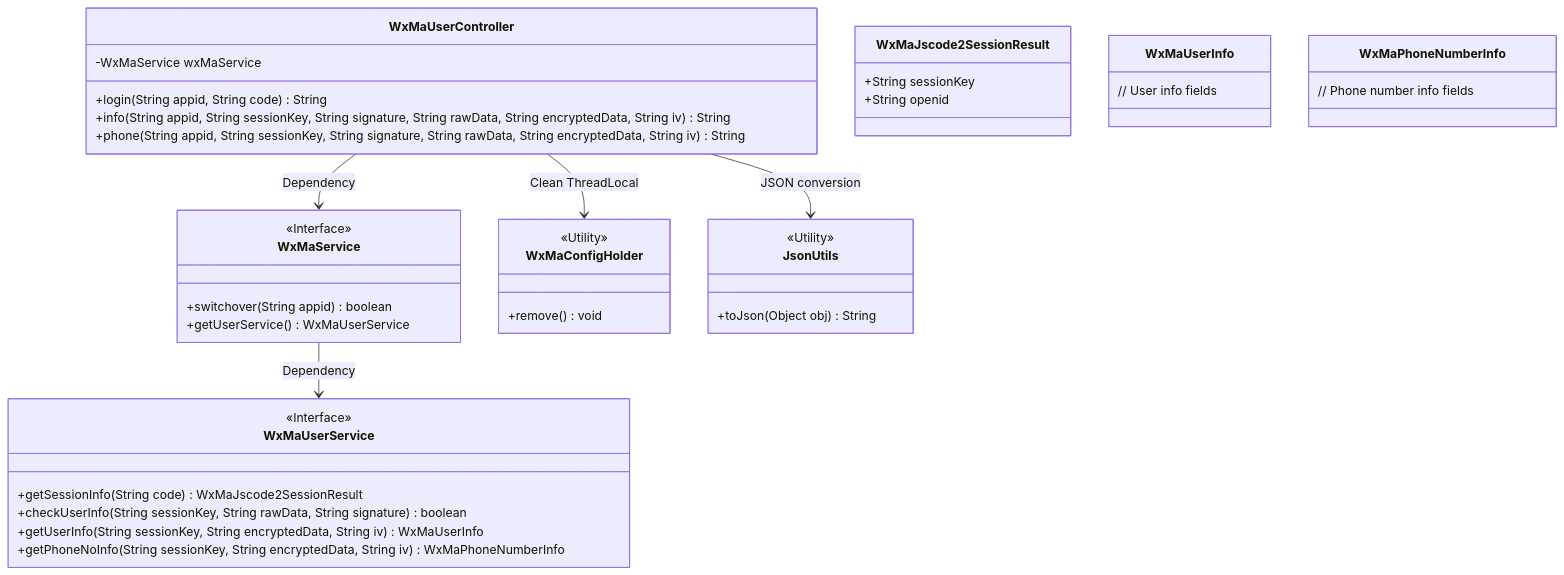
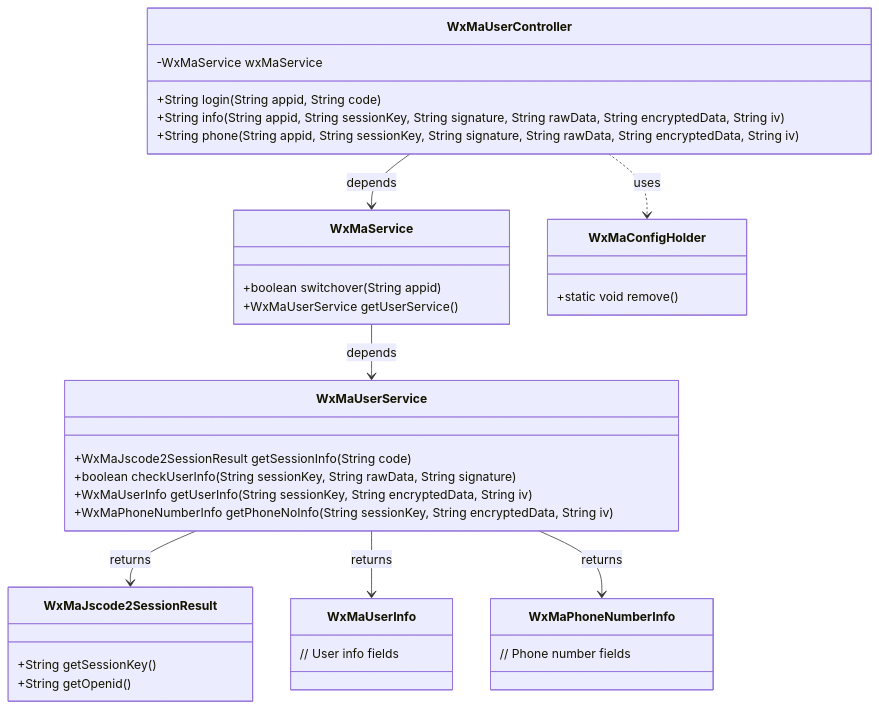
Before and after one commit to v-wjrong/rongwj666_weixin-java-miniapp-demo: the first of 2 diagrams in docs/en/docs/src/main/java/com/github/binarywang/demo/wx/miniapp/controller/WxMaUserController.md, drawn with Mermaid. The commit also changed other lines of this file and 46 other files, not shown here.

````diff
--- a/docs/en/docs/src/main/java/com/github/binarywang/demo/wx/miniapp/controller/WxMaUserController.md
+++ b/docs/en/docs/src/main/java/com/github/binarywang/demo/wx/miniapp/controller/WxMaUserController.md
@@ -36,51 +36,45 @@
 ```mermaid
 classDiagram
     class WxMaUserController {
         -WxMaService wxMaService
-        +login(String appid, String code) String
-        +info(String appid, String sessionKey, String signature, String rawData, String encryptedData, String iv) String
-        +phone(String appid, String sessionKey, String signature, String rawData, String encryptedData, String iv) String
+        +String login(String appid, String code)
+        +String info(String appid, String sessionKey, String signature, String rawData, String encryptedData, String iv)
+        +String phone(String appid, String sessionKey, String signature, String rawData, String encryptedData, String iv)
     }
 
     class WxMaService {
-        <<Interface>>
-        +switchover(String appid) boolean
-        +getUserService() WxMaUserService
+        +boolean switchover(String appid)
+        +WxMaUserService getUserService()
     }
 
     class WxMaUserService {
-        <<Interface>>
-        +getSessionInfo(String code) WxMaJscode2SessionResult
-        +checkUserInfo(String sessionKey, String rawData, String signature) boolean
-        +getUserInfo(String sessionKey, String encryptedData, String iv) WxMaUserInfo
-        +getPhoneNoInfo(String sessionKey, String encryptedData, String iv) WxMaPhoneNumberInfo
+        +WxMaJscode2SessionResult getSessionInfo(String code)
+        +boolean checkUserInfo(String sessionKey, String rawData, String signature)
+        +WxMaUserInfo getUserInfo(String sessionKey, String encryptedData, String iv)
+        +WxMaPhoneNumberInfo getPhoneNoInfo(String sessionKey, String encryptedData, String iv)
     }
 
     class WxMaJscode2SessionResult {
-        +String sessionKey
-        +String openid
+        +String getSessionKey()
+        +String getOpenid()
     }
 
     class WxMaUserInfo {
         // User info fields
     }
 
     class WxMaPhoneNumberInfo {
-        // Phone number info fields
+        // Phone number fields
     }
 
     class WxMaConfigHolder {
-        <<Utility>>
-        +remove() void
+        +static void remove()
     }
 
-    class JsonUtils {
-        <<Utility>>
-        +toJson(Object obj) String
-    }
-
-    WxMaUserController --> WxMaService : Dependency
-    WxMaService --> WxMaUserService : Dependency
-    WxMaUserController --> WxMaConfigHolder : Clean ThreadLocal
-    WxMaUserController --> JsonUtils : JSON conversion
+    WxMaUserController --> WxMaService : depends
+    WxMaService --> WxMaUserService : depends
+    WxMaUserService --> WxMaJscode2SessionResult : returns
+    WxMaUserService --> WxMaUserInfo : returns
+    WxMaUserService --> WxMaPhoneNumberInfo : returns
+    WxMaUserController ..> WxMaConfigHolder : uses
 ```
````
